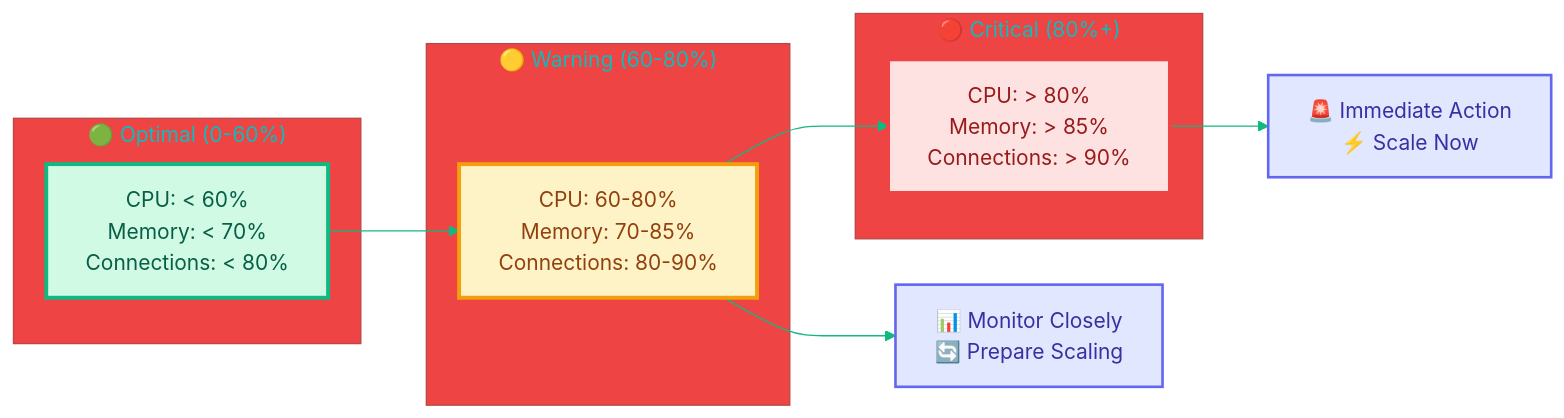
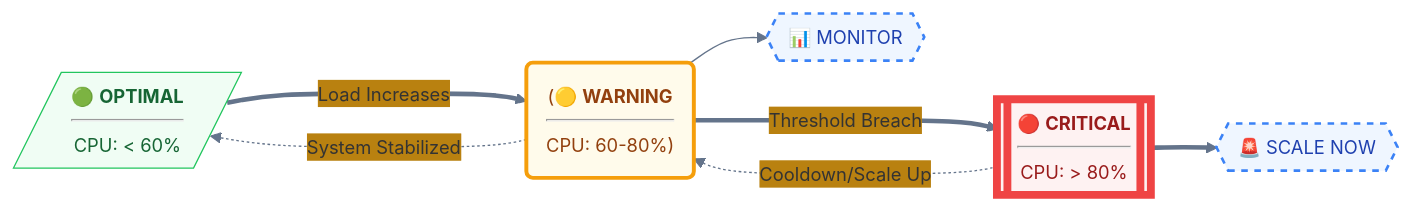
Before and after one commit to abdoElHodaky/transportapp: the fourth of 4 diagrams in docs/SCALING_ARCHITECTURE.md, drawn with Mermaid.

````diff
--- a/docs/SCALING_ARCHITECTURE.md
+++ b/docs/SCALING_ARCHITECTURE.md
@@ -390,45 +390,38 @@
 ```mermaid
 %%{init: {
   'theme': 'base',
   'themeVariables': {
     'primaryColor': '#10b981',
-    'primaryTextColor': '#ffffff',
-    'primaryBorderColor': '#059669',
-    'lineColor': '#10b981',
-    'secondaryColor': '#f59e0b',
-    'tertiaryColor': '#ef4444',
-    'background': '#ffffff',
-    'mainBkg': '#10b981',
-    'secondBkg': '#f59e0b',
-    'tertiaryBkg': '#ef4444'
+    'lineColor': '#64748b',
+    'fontSize': '14px'
   }
 }}%%
 graph LR
-    subgraph "🟢 Optimal (0-60%)"
-        A["CPU: < 60%<br/>Memory: < 70%<br/>Connections: < 80%"]
-    end
-    
-    subgraph "🟡 Warning (60-80%)"
-        B["CPU: 60-80%<br/>Memory: 70-85%<br/>Connections: 80-90%"]
-    end
-    
-    subgraph "🔴 Critical (80%+)"
-        C["CPU: > 80%<br/>Memory: > 85%<br/>Connections: > 90%"]
-    end
-    
-    A --> B
-    B --> C
-    
-    B --> D["📊 Monitor Closely<br/>🔄 Prepare Scaling"]
-    C --> E["🚨 Immediate Action<br/>⚡ Scale Now"]
-    
-    classDef optimal fill:#d1fae5,stroke:#10b981,stroke-width:3px,color:#065f46
-    classDef warning fill:#fef3c7,stroke:#f59e0b,stroke-width:3px,color:#92400e
-    classDef critical fill:#fee2e2,stroke:#ef4444,stroke-width:3px,color:#991b1b
-    classDef action fill:#e0e7ff,stroke:#6366f1,stroke-width:2px,color:#3730a3
-    
+    %% DISTINCT NODES
+    A[/"🟢 <b>OPTIMAL</b><hr/>CPU: < 60%"/] 
+    B("(🟡 <b>WARNING</b><hr/>CPU: 60-80%)")
+    C[["🔴 <b>CRITICAL</b><hr/>CPU: > 80%"]]
+
+    %% ESCALATION (Heavy, Forward)
+    A ===>|Load Increases| B
+    B ===>|Threshold Breach| C
+
+    %% RECOVERY (Smooth, Dotted Backwards)
+    C -.->|Cooldown/Scale Up| B
+    B -.->|System Stabilized| A
+
+    %% ACTIONS
+    B --> D{{"📊 MONITOR"}}
+    C ==> E{{"🚨 SCALE NOW"}}
+
+    %% STYLE CLASSES
+    classDef optimal fill:#f0fdf4,stroke:#22c55e,stroke-width:1px,color:#166534
+    classDef warning fill:#fffbeb,stroke:#f59e0b,stroke-width:3px,color:#92400e
+    classDef critical fill:#fef2f2,stroke:#ef4444,stroke-width:6px,color:#991b1b
+    classDef action fill:#eff6ff,stroke:#3b82f6,stroke-width:2px,color:#1e40af,stroke-dasharray: 5 5
+
     class A optimal
     class B warning
     class C critical
     class D,E action
 ```
````
